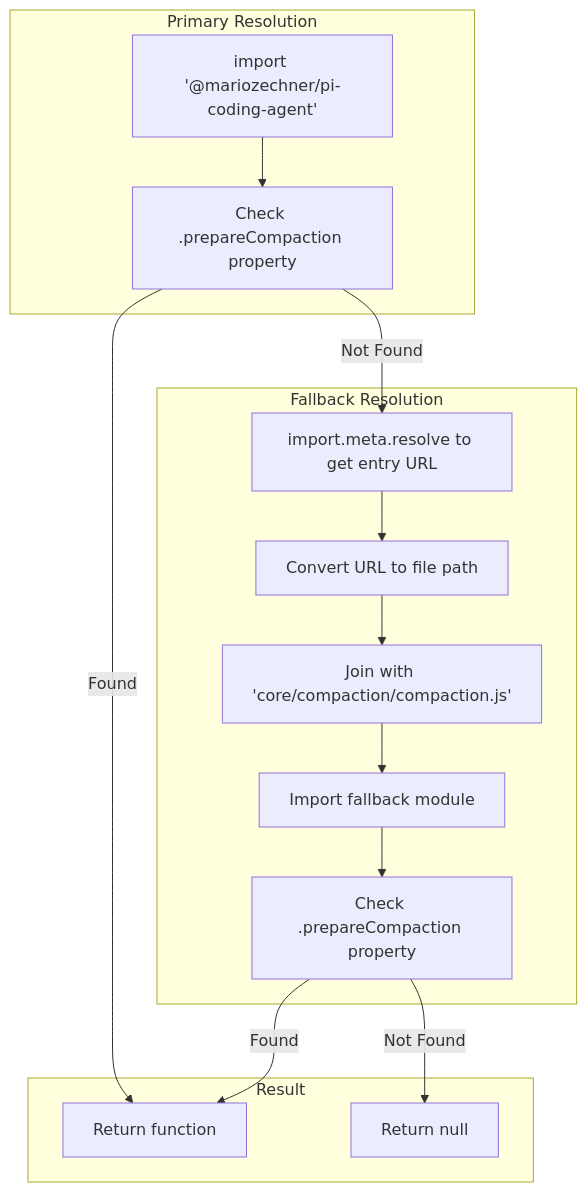
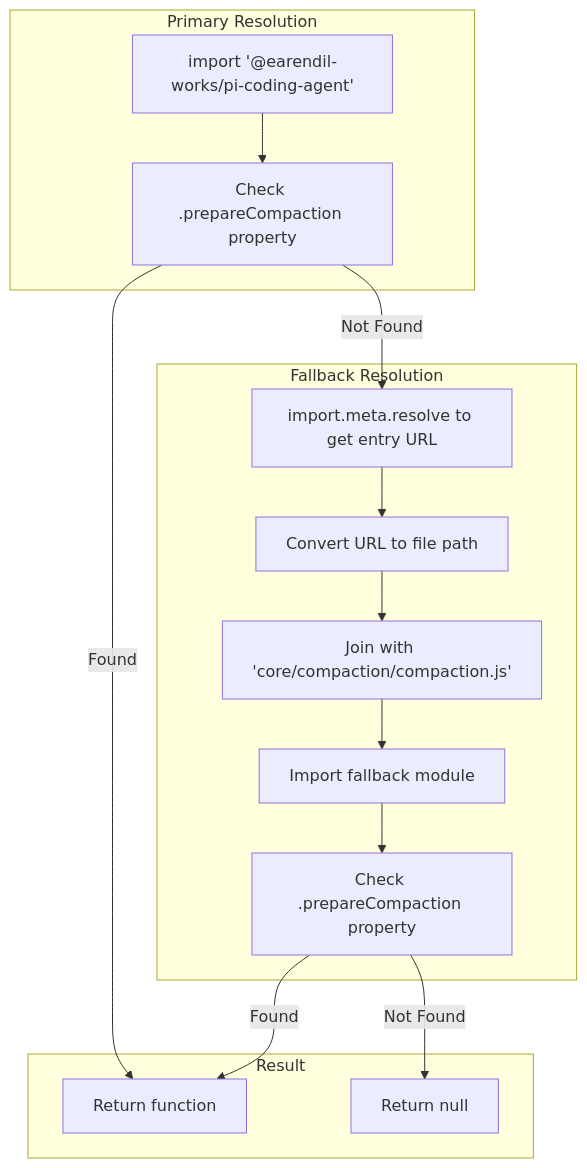
Before and after one commit to tryingET/pi-extensions: the fourth of 4 diagrams in packages/pi-autonomous-session-control/docs/compaction-helpers.md, drawn with Mermaid. The commit also changed other lines of this file and 169 other files, not shown here.

````diff
--- a/packages/pi-autonomous-session-control/docs/compaction-helpers.md
+++ b/packages/pi-autonomous-session-control/docs/compaction-helpers.md
@@ -120,27 +120,27 @@
 ```mermaid
 graph TB
     subgraph "Primary Resolution"
-        A1["import '@mariozechner/pi-coding-agent'"]
+        A1["import '@earendil-works/pi-coding-agent'"]
         A2[Check .prepareCompaction property]
     end
 
     subgraph "Fallback Resolution"
         B1[import.meta.resolve to get entry URL]
         B2[Convert URL to file path]
         B3["Join with 'core/compaction/compaction.js'"]
         B4[Import fallback module]
         B5[Check .prepareCompaction property]
     end
 
     subgraph "Result"
         C1[Return function]
         C2[Return null]
     end
 
     A1 --> A2
     A2 -->|Found| C1
     A2 -->|Not Found| B1
     B1 --> B2 --> B3 --> B4 --> B5
     B5 -->|Found| C1
     B5 -->|Not Found| C2
 ```
````
